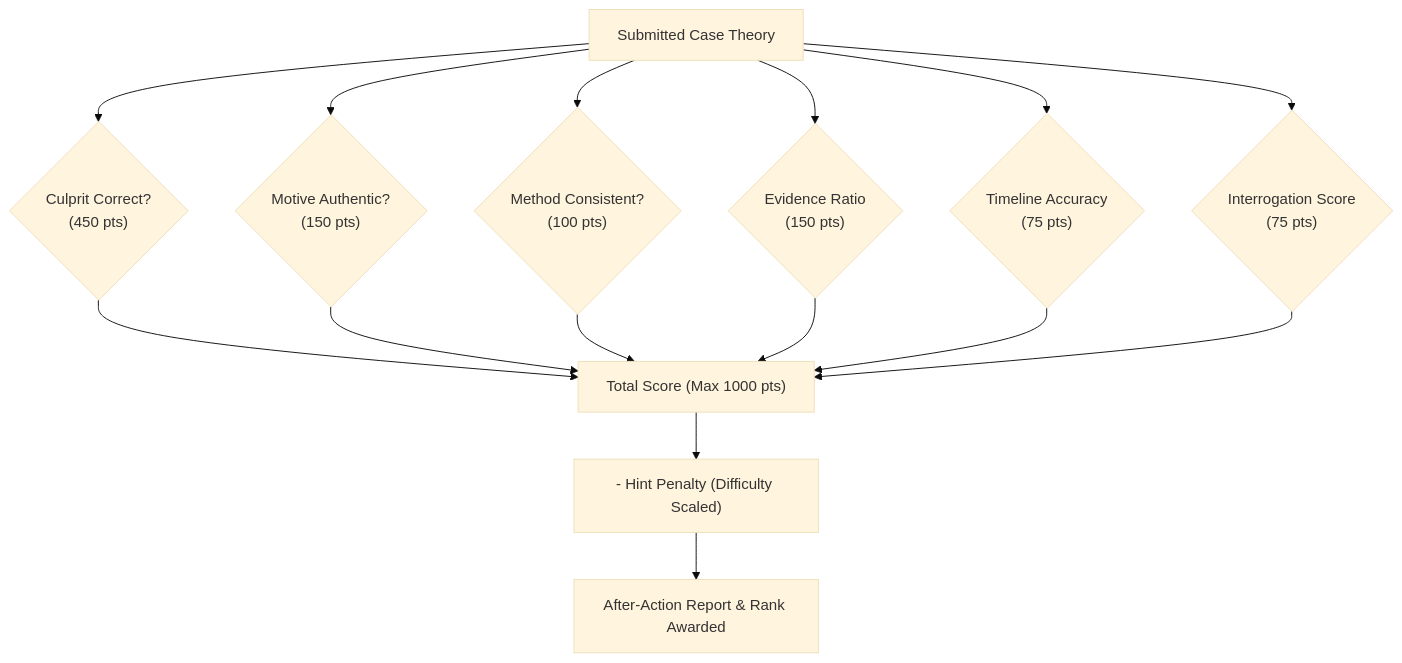
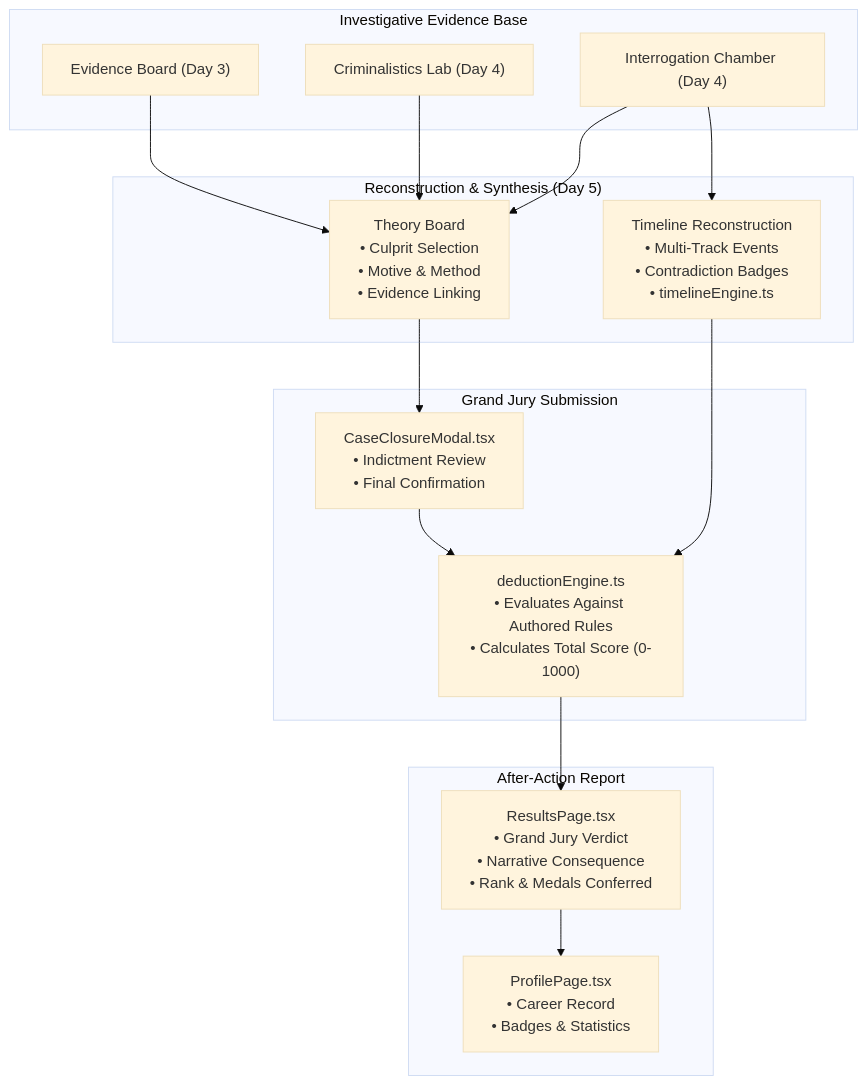
One commit to SidSem/casefile changed the diagram in docs/day-5.md. Above: the diagram before and after it, drawn with Mermaid (base theme). The commit also changed other lines of this file and 4 other files, not shown here.

Commit message:
Day 5: Chronological timeline, deduction engine, and project completion

````diff
--- a/docs/day-5.md
+++ b/docs/day-5.md
@@ -34,19 +53,33 @@
 ```mermaid
-graph TD
-    Theory["Submitted Case Theory"] --> Culprit{"Culprit Correct?<br/>(450 pts)"}
-    Theory --> Motive{"Motive Authentic?<br/>(150 pts)"}
-    Theory --> Method{"Method Consistent?<br/>(100 pts)"}
-    Theory --> Evidence{"Evidence Ratio<br/>(150 pts)"}
-    Theory --> Timeline{"Timeline Accuracy<br/>(75 pts)"}
-    Theory --> Interrogation{"Interrogation Score<br/>(75 pts)"}
+flowchart TD
+    subgraph "Investigative Evidence Base"
+        Board["Evidence Board (Day 3)"]
+        Lab["Criminalistics Lab (Day 4)"]
+        Chamber["Interrogation Chamber (Day 4)"]
+    end
 
-    Culprit --> TotalScore["Total Score (Max 1000 pts)"]
-    Motive --> TotalScore
-    Method --> TotalScore
-    Evidence --> TotalScore
-    Timeline --> TotalScore
-    Interrogation --> TotalScore
-    
-    TotalScore --> Penalty["- Hint Penalty (Difficulty Scaled)"]
-    Penalty --> FinalAAR["After-Action Report & Rank Awarded"]
+    subgraph "Reconstruction & Synthesis (Day 5)"
+        Timeline["Timeline Reconstruction<br/>• Multi-Track Events<br/>• Contradiction Badges<br/>• timelineEngine.ts"]
+        Theory["Theory Board<br/>• Culprit Selection<br/>• Motive & Method<br/>• Evidence Linking"]
+    end
+
+    subgraph "Grand Jury Submission"
+        ClosureModal["CaseClosureModal.tsx<br/>• Indictment Review<br/>• Final Confirmation"]
+        DeductionEngine["deductionEngine.ts<br/>• Evaluates Against Authored Rules<br/>• Calculates Total Score (0-1000)"]
+    end
+
+    subgraph "After-Action Report"
+        Results["ResultsPage.tsx<br/>• Grand Jury Verdict<br/>• Narrative Consequence<br/>• Rank & Medals Conferred"]
+        Profile["ProfilePage.tsx<br/>• Career Record<br/>• Badges & Statistics"]
+    end
+
+    Board --> Theory
+    Lab --> Theory
+    Chamber --> Timeline
+    Chamber --> Theory
+    Timeline --> DeductionEngine
+    Theory --> ClosureModal
+    ClosureModal --> DeductionEngine
+    DeductionEngine --> Results
+    Results --> Profile
 ```
````
